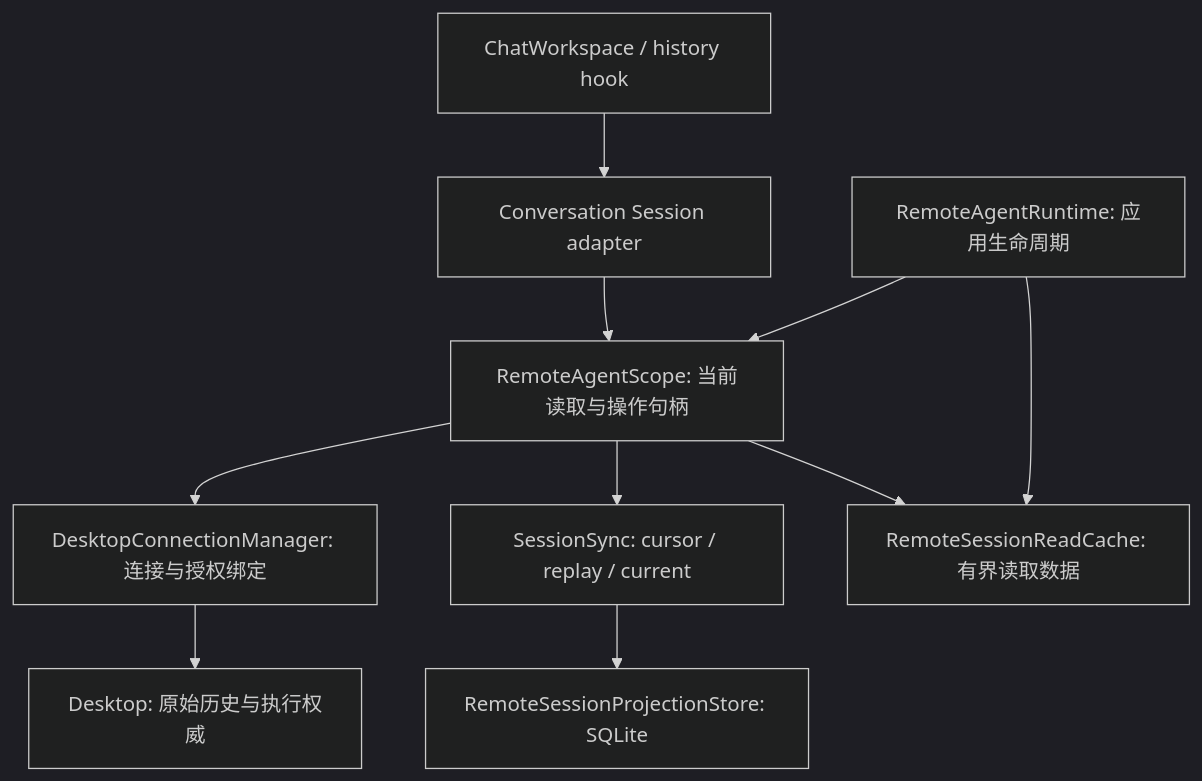
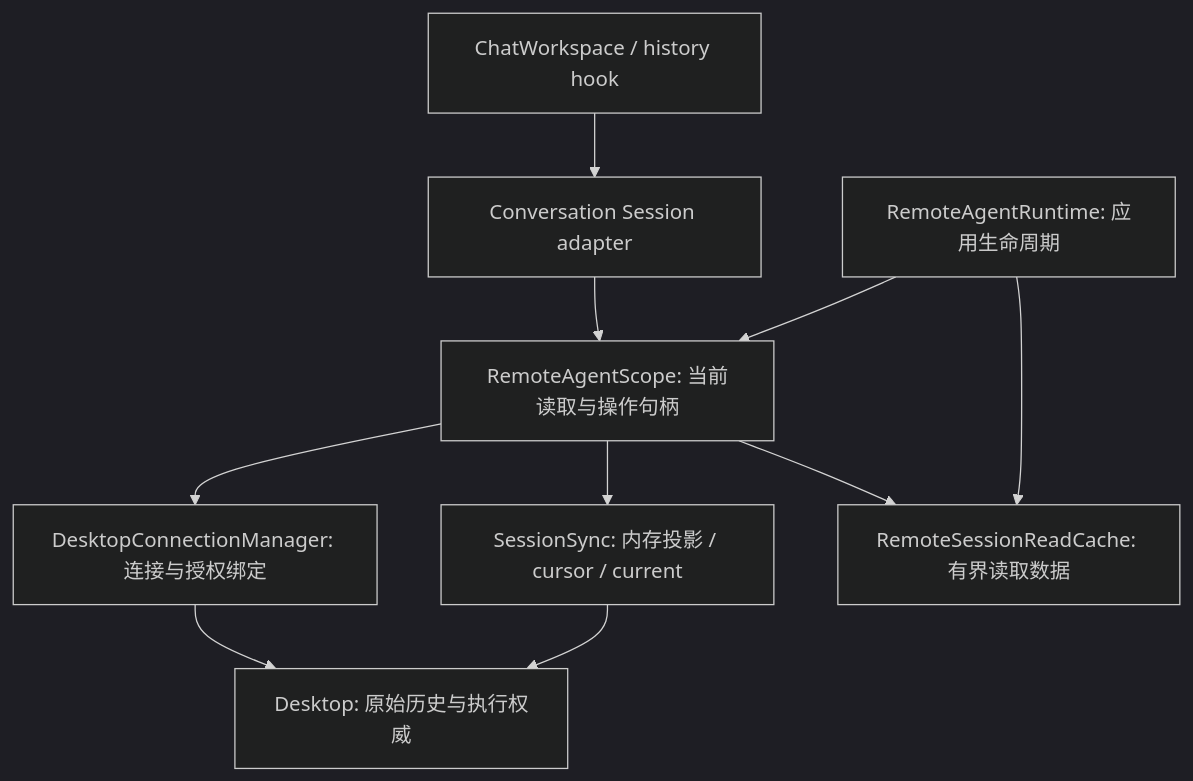
Before and after one commit to CherryHQ/cherry-studio-app: the first of 2 diagrams in docs/references/remote-access/session-read-cache.md, drawn with Mermaid (dark theme). The commit also changed other lines of this file and 23 other files, not shown here.

Commit message:
refactor(remote-agent): rebuild session state from desktop checkpoints

````diff
--- a/docs/references/remote-access/session-read-cache.md
+++ b/docs/references/remote-access/session-read-cache.md
@@ -75,12 +75,12 @@
 ```mermaid
 flowchart TB
   Page[ChatWorkspace / history hook] --> Adapter[Conversation Session adapter]
   Adapter --> Scope[RemoteAgentScope: 当前读取与操作句柄]
   Runtime[RemoteAgentRuntime: 应用生命周期] --> Cache[RemoteSessionReadCache: 有界读取数据]
   Runtime --> Scope
   Scope --> Cache
-  Scope --> Sync[SessionSync: cursor / replay / current]
-  Sync --> Projection[RemoteSessionProjectionStore: SQLite]
+  Scope --> Sync[SessionSync: 内存投影 / cursor / current]
+  Sync --> Host
   Scope --> Pool[DesktopConnectionManager: 连接与授权绑定]
   Pool --> Host[Desktop: 原始历史与执行权威]
 ```
````
